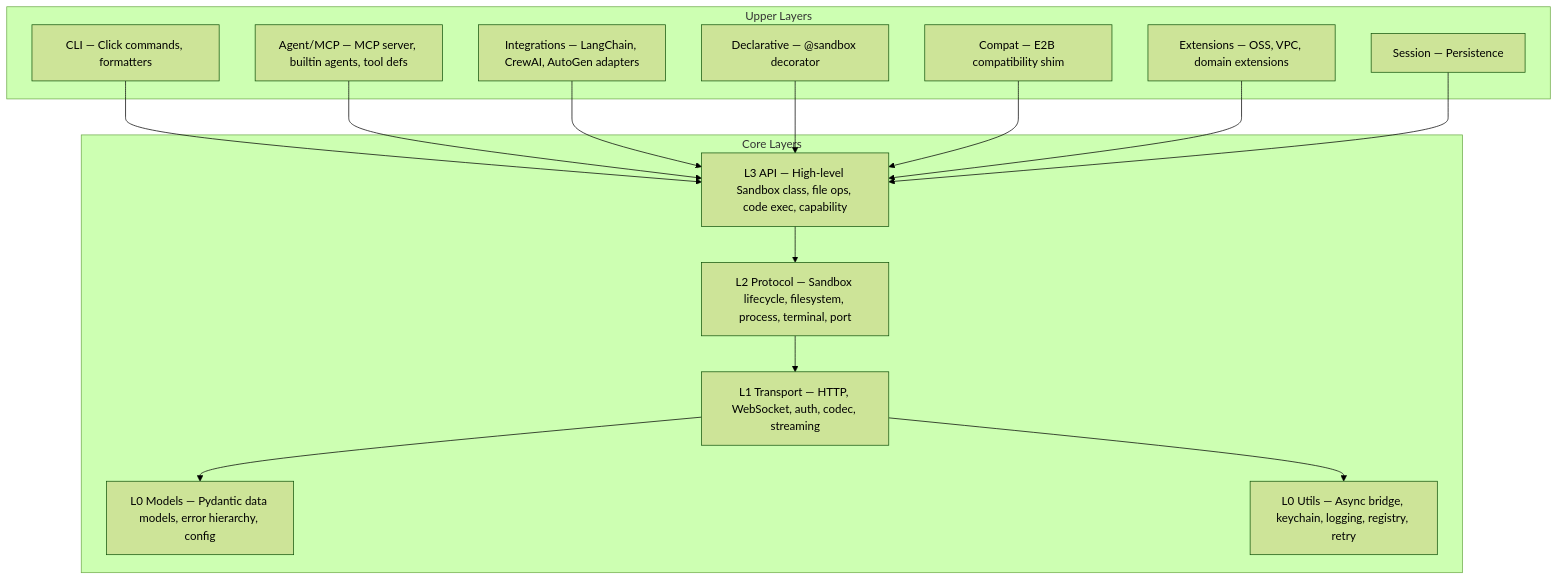
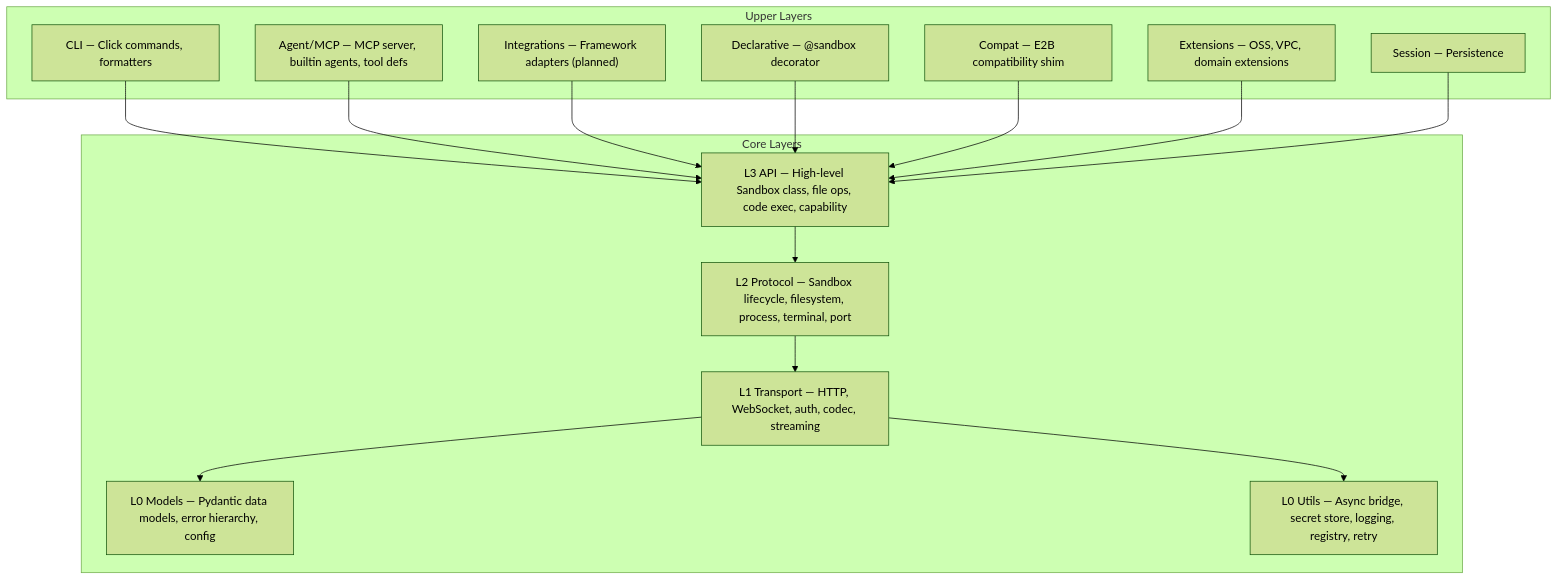
Before and after one commit to Easy-Sandbox/easy-sandbox: the diagram in AGENTS.md, drawn with Mermaid (forest theme). The commit also changed other lines of this file and 357 other files, not shown here.

````diff
--- a/AGENTS.md
+++ b/AGENTS.md
@@ -58,30 +66,30 @@
 ```mermaid
 graph TB
     subgraph Upper["Upper Layers"]
         CLI["CLI — Click commands, formatters"]
         Agent["Agent/MCP — MCP server, builtin agents, tool defs"]
-        Integ["Integrations — LangChain, CrewAI, AutoGen adapters"]
+        Integ["Integrations — Framework adapters (planned)"]
         Decl["Declarative — @sandbox decorator"]
         Compat["Compat — E2B compatibility shim"]
         Ext["Extensions — OSS, VPC, domain extensions"]
         Sess["Session — Persistence"]
     end
     subgraph Core["Core Layers"]
         L3["L3 API — High-level Sandbox class, file ops, code exec, capability"]
         L2["L2 Protocol — Sandbox lifecycle, filesystem, process, terminal, port"]
         L1["L1 Transport — HTTP, WebSocket, auth, codec, streaming"]
         L0M["L0 Models — Pydantic data models, error hierarchy, config"]
-        L0U["L0 Utils — Async bridge, keychain, logging, registry, retry"]
+        L0U["L0 Utils — Async bridge, secret store, logging, registry, retry"]
     end
 
     CLI --> L3
     Agent --> L3
     Integ --> L3
     Decl --> L3
     Compat --> L3
     Ext --> L3
     Sess --> L3
     L3 --> L2 --> L1
     L1 --> L0M
     L1 --> L0U
 ```
````
